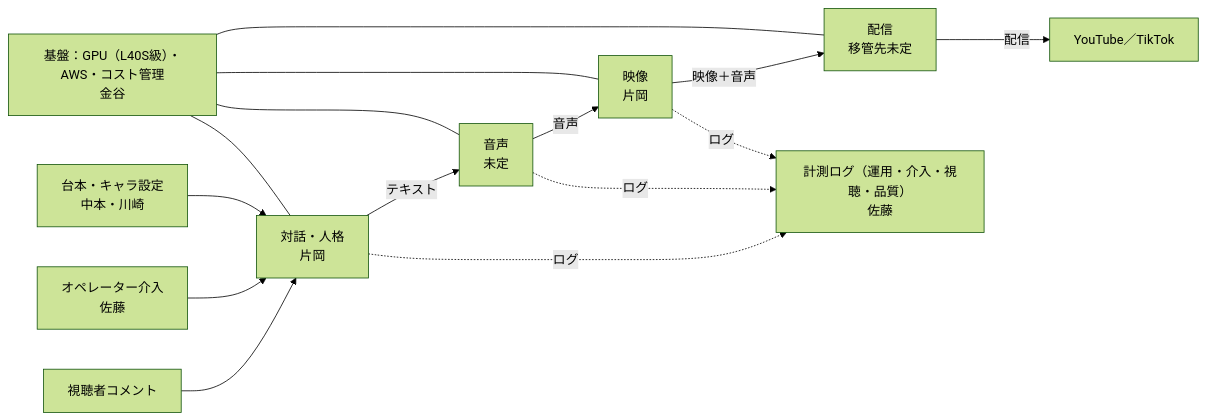
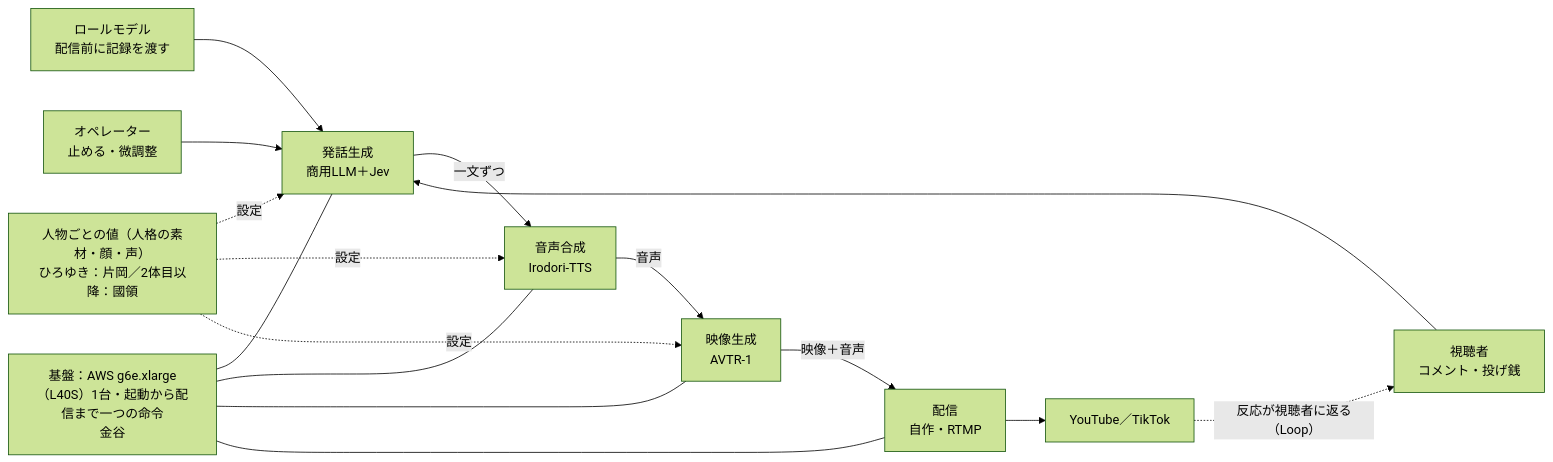
Before and after one commit to tkoita/Business: the diagram in kataoka-hd/tech-roadmap.md, drawn with Mermaid (forest theme). The commit also changed other lines of this file and 6 other files, not shown here.

````diff
--- a/kataoka-hd/tech-roadmap.md
+++ b/kataoka-hd/tech-roadmap.md
@@ -27,14 +19,13 @@
 ```mermaid
 flowchart LR
-  C[視聴者コメント] --> D
-  I["オペレーター介入<br/>佐藤"] --> D
-  S["台本・キャラ設定<br/>中本・川崎"] --> D
-  D["対話・人格<br/>片岡"] -- テキスト --> V["音声<br/>未定"]
-  V -- 音声 --> M["映像<br/>片岡"]
-  M -- 映像＋音声 --> B["配信<br/>移管先未定"]
-  B -- 配信 --> P[YouTube／TikTok]
-  D -. ログ .-> L["計測ログ（運用・介入・視聴・品質）<br/>佐藤"]
-  V -. ログ .-> L
-  M -. ログ .-> L
-  K["基盤：GPU（L40S級）・AWS・コスト管理<br/>金谷"] --- D & V & M & B
+  R["ロールモデル<br/>配信前に記録を渡す"] --> G
+  O["オペレーター<br/>止める・微調整"] --> G
+  W["視聴者<br/>コメント・投げ銭"] --> G
+  G["発話生成<br/>商用LLM＋Jev"] -- 一文ずつ --> A["音声合成<br/>Irodori-TTS"]
+  A -- 音声 --> V["映像生成<br/>AVTR-1"]
+  V -- 映像＋音声 --> S["配信<br/>自作・RTMP"]
+  S --> P["YouTube／TikTok"]
+  P -. 反応が視聴者に返る（Loop） .-> W
+  C["人物ごとの値（人格の素材・顔・声）<br/>ひろゆき：片岡／2体目以降：國領"] -. 設定 .-> G & A & V
+  B["基盤：AWS g6e.xlarge（L40S）1台・起動から配信まで一つの命令<br/>金谷"] --- G & A & V & S
 ```
````
